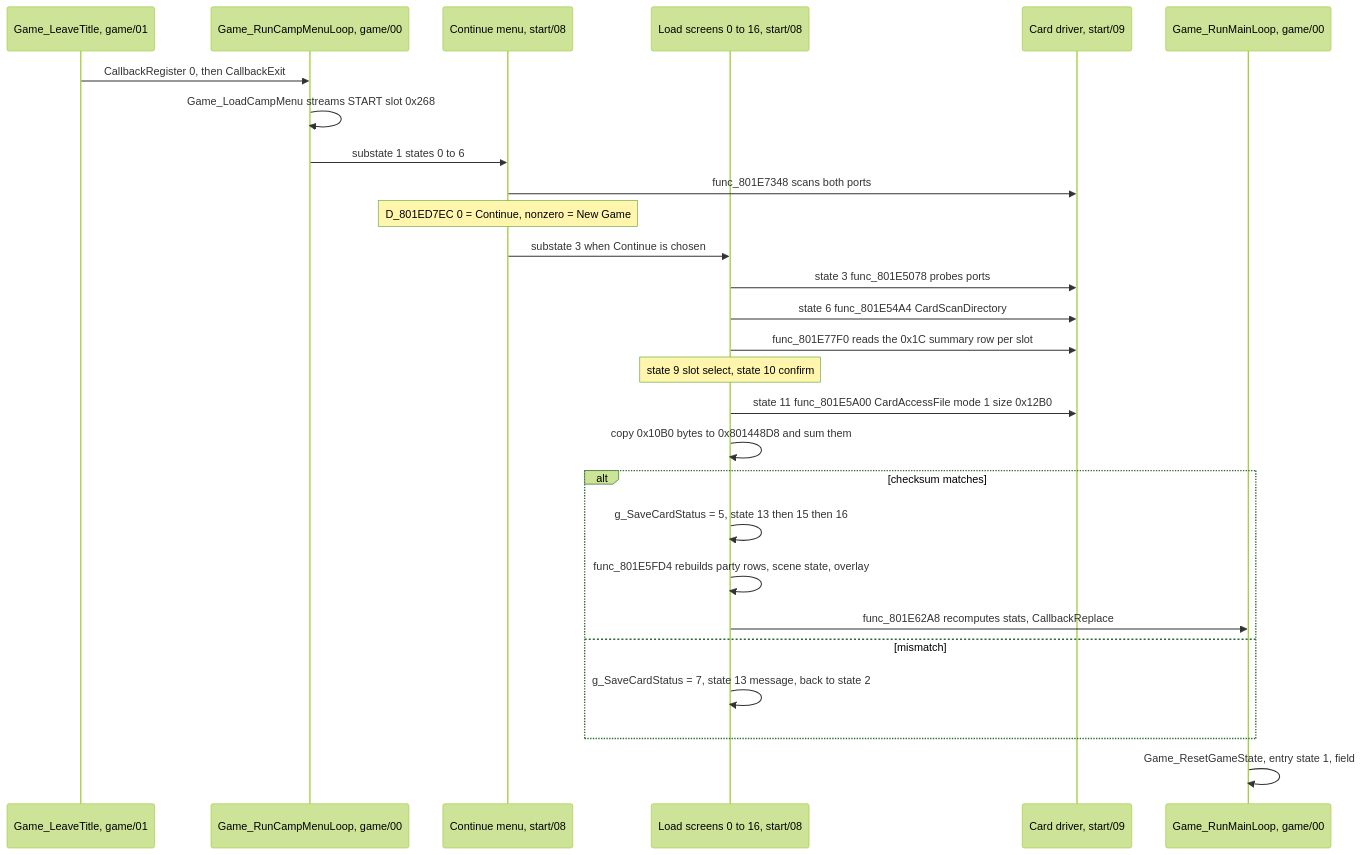
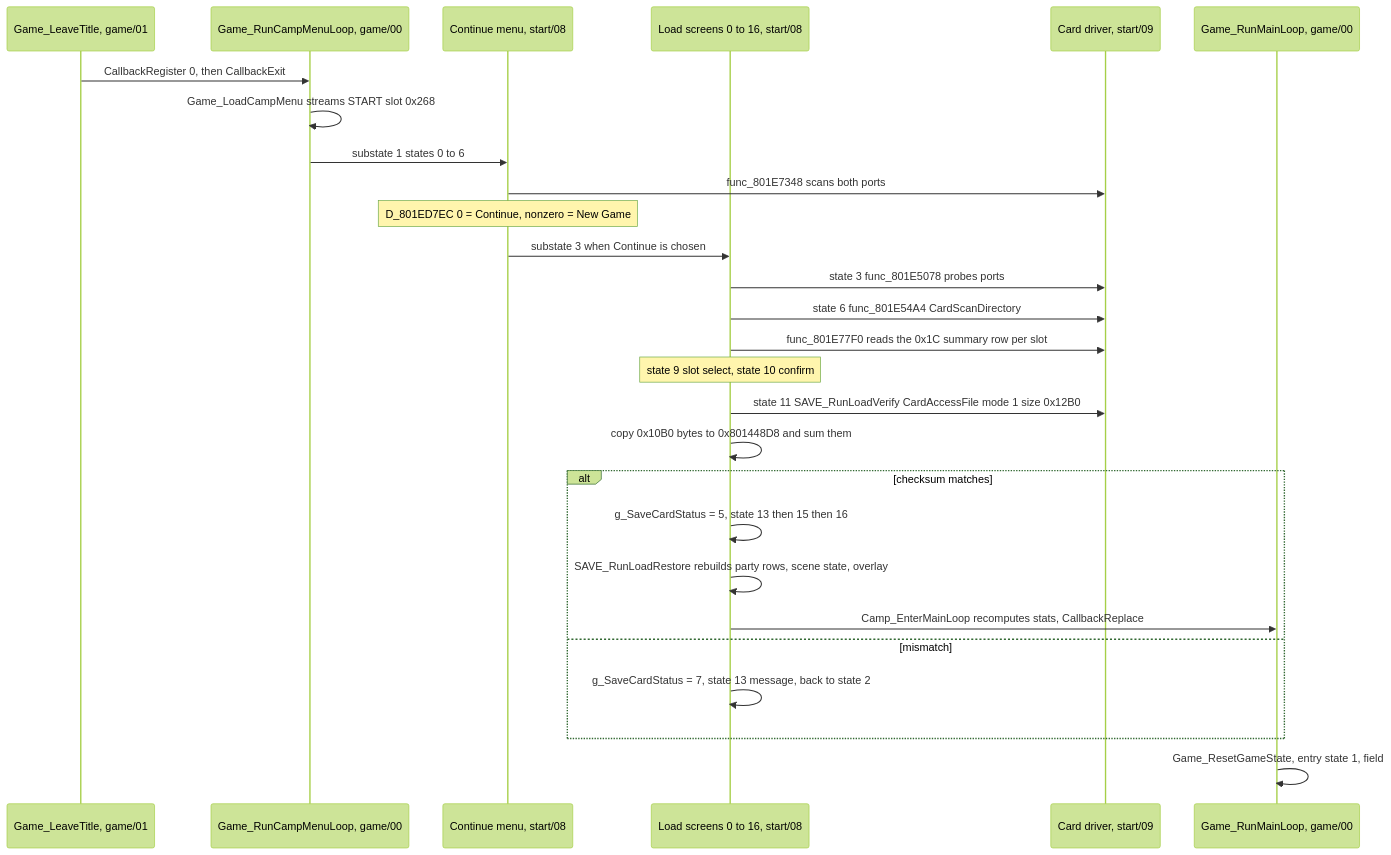
One commit to kerokline/bof3-wiki changed the second of 2 diagrams in src/game/architecture/saving.md. Above: the diagram before and after it, drawn with Mermaid (forest theme). The commit also changed other lines of this file, not shown here.

Commit message:
docs(wiki): rewrite saving and loading as a player flow, correct free-block count

````diff
--- a/src/game/architecture/saving.md
+++ b/src/game/architecture/saving.md
@@ -180,30 +110,30 @@
 ```mermaid
 sequenceDiagram
     participant Title as Game_LeaveTitle, game/01
     participant Camp as Game_RunCampMenuLoop, game/00
     participant Menu as Continue menu, start/08
     participant Load as Load screens 0 to 16, start/08
     participant Drv as Card driver, start/09
     participant Main as Game_RunMainLoop, game/00
 
     Title->>Camp: CallbackRegister 0, then CallbackExit
     Camp->>Camp: Game_LoadCampMenu streams START slot 0x268
     Camp->>Menu: substate 1 states 0 to 6
     Menu->>Drv: func_801E7348 scans both ports
     Note over Menu: D_801ED7EC 0 = Continue, nonzero = New Game
     Menu->>Load: substate 3 when Continue is chosen
     Load->>Drv: state 3 func_801E5078 probes ports
     Load->>Drv: state 6 func_801E54A4 CardScanDirectory
     Load->>Drv: func_801E77F0 reads the 0x1C summary row per slot
     Note over Load: state 9 slot select, state 10 confirm
-    Load->>Drv: state 11 func_801E5A00 CardAccessFile mode 1 size 0x12B0
+    Load->>Drv: state 11 SAVE_RunLoadVerify CardAccessFile mode 1 size 0x12B0
     Load->>Load: copy 0x10B0 bytes to 0x801448D8 and sum them
     alt checksum matches
         Load->>Load: g_SaveCardStatus = 5, state 13 then 15 then 16
-        Load->>Load: func_801E5FD4 rebuilds party rows, scene state, overlay
-        Load->>Main: func_801E62A8 recomputes stats, CallbackReplace
+        Load->>Load: SAVE_RunLoadRestore rebuilds party rows, scene state, overlay
+        Load->>Main: Camp_EnterMainLoop recomputes stats, CallbackReplace
     else mismatch
         Load->>Load: g_SaveCardStatus = 7, state 13 message, back to state 2
     end
     Main->>Main: Game_ResetGameState, entry state 1, field
 ```
````
